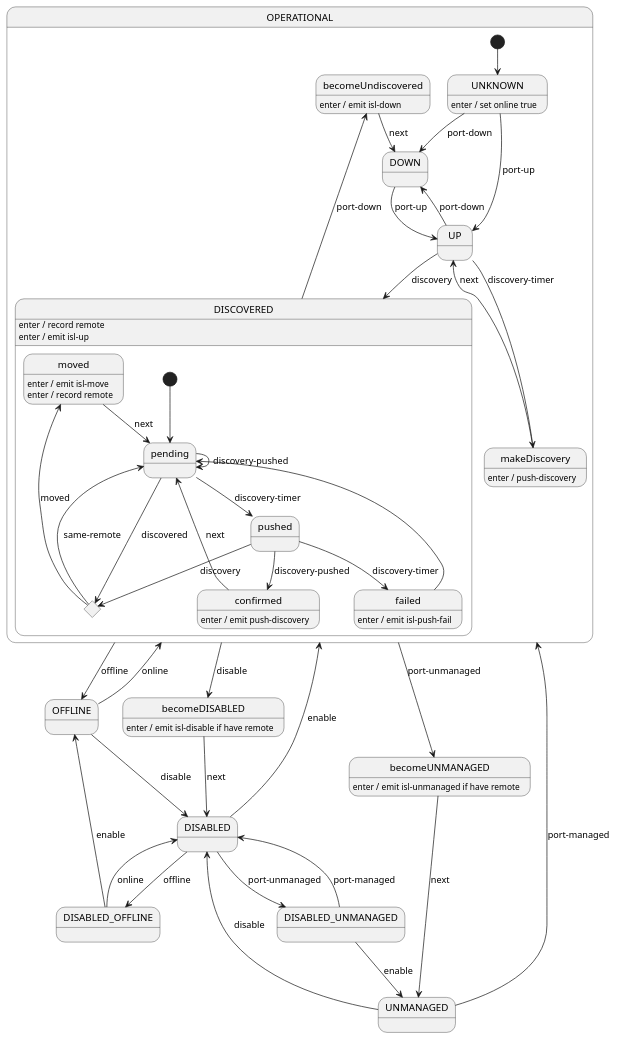
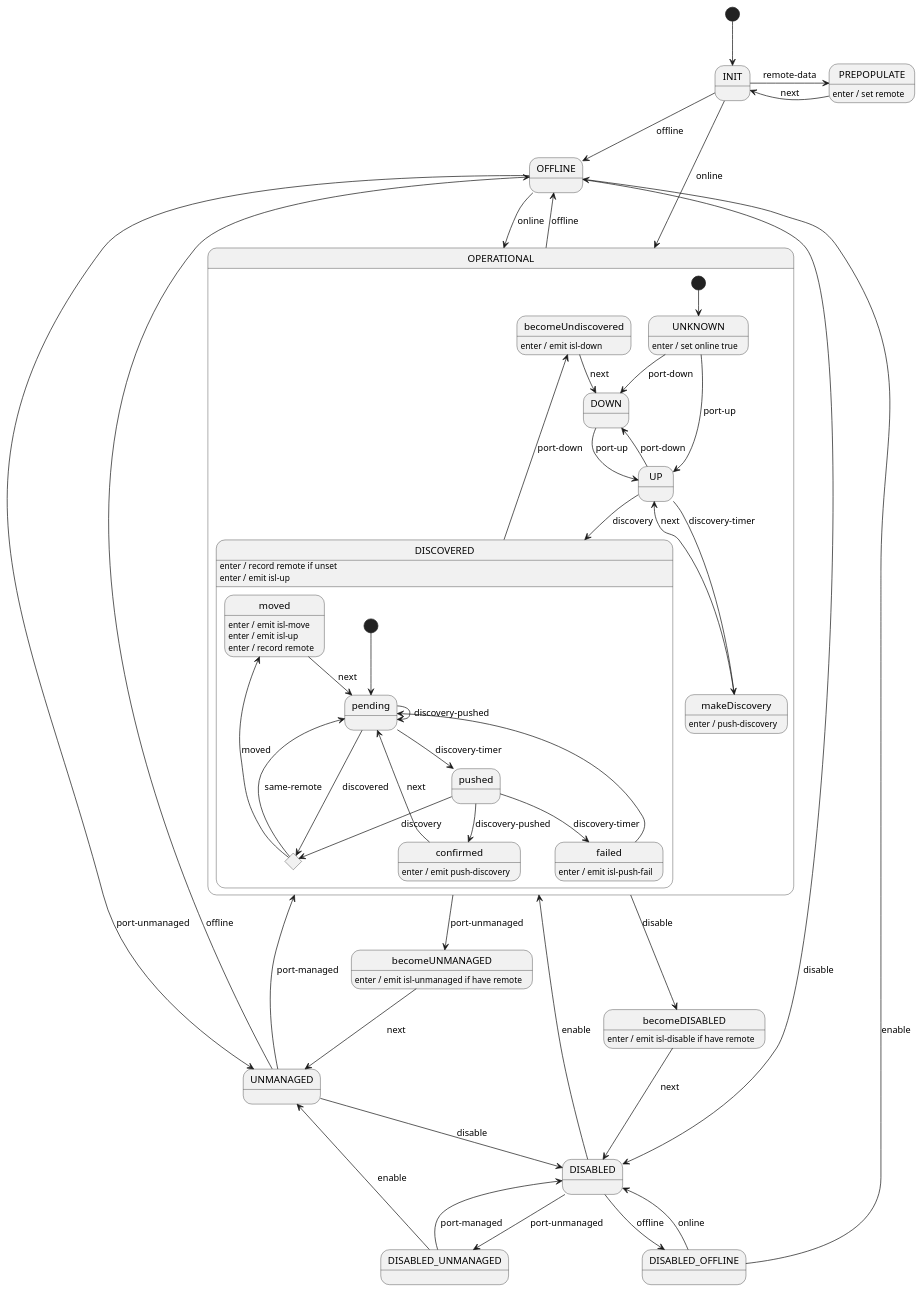
The diagram in docs/design/network-discovery/port-FSM.puml (telstra/open-kilda), drawn with PlantUML before and after one commit. The commit also changed 1 other file, not shown here.

```diff
--- a/docs/design/network-discovery/port-FSM.puml
+++ b/docs/design/network-discovery/port-FSM.puml
@@ -27,78 +27,90 @@
 @startuml
+[*] --> INIT
+
+INIT -r-> PREPOPULATE : remote-data
+INIT --> OFFLINE : offline
+INIT --> OPERATIONAL : online
+
+PREPOPULATE : enter / set remote
+PREPOPULATE -l-> INIT : next
+
 state OPERATIONAL {
     [*] --> UNKNOWN
 
     UNKNOWN : enter / set online true
     UNKNOWN --> DOWN : port-down
     UNKNOWN --> UP : port-up
 
     UP --> DOWN : port-down
     UP --> makeDiscovery : discovery-timer
     UP --> DISCOVERED : discovery
 
     makeDiscovery : enter / push-discovery
     makeDiscovery --> UP : next
 
     DOWN --> UP : port-up
 
     state DISCOVERED {
-        DISCOVERED : enter / record remote
+        DISCOVERED : enter / record remote if unset
         DISCOVERED : enter / emit isl-up
 
         state checkMoved <<choice>>
 
         [*] --> pending
         pending --> pushed : discovery-timer
         pending -d-> checkMoved : discovered
         pending --> pending : discovery-pushed
 
         pushed --> confirmed : discovery-pushed
         pushed --> failed : discovery-timer
         pushed -d-> checkMoved : discovery
 
         confirmed : enter / emit push-discovery
         confirmed --> pending : next
 
         failed : enter / emit isl-push-fail
         failed --> pending
 
         checkMoved -u-> pending : same-remote
         checkMoved -u-> moved : moved
 
         moved : enter / emit isl-move
+        moved : enter / emit isl-up
         moved : enter / record remote
         moved --> pending : next
     }
     DISCOVERED -u-> becomeUndiscovered : port-down
 
     becomeUndiscovered : enter / emit isl-down
     becomeUndiscovered --> DOWN : next
 }
 
 OPERATIONAL --> OFFLINE : offline
 OPERATIONAL --> becomeDISABLED : disable
 OPERATIONAL --> becomeUNMANAGED : port-unmanaged
 
 becomeDISABLED : enter / emit isl-disable if have remote
 becomeDISABLED --> DISABLED : next
 
 becomeUNMANAGED : enter / emit isl-unmanaged if have remote
 becomeUNMANAGED --> UNMANAGED : next
 
 DISABLED --> OPERATIONAL : enable
 DISABLED --> DISABLED_OFFLINE : offline
 DISABLED --> DISABLED_UNMANAGED : port-unmanaged
 
 UNMANAGED --> OPERATIONAL : port-managed
 UNMANAGED --> DISABLED : disable
+UNMANAGED --> OFFLINE : offline
 
-OFFLINE -u-> OPERATIONAL : online
+OFFLINE --> OPERATIONAL : online
 OFFLINE --> DISABLED : disable
+OFFLINE --> UNMANAGED : port-unmanaged
 
 DISABLED_OFFLINE --> DISABLED : online
 DISABLED_OFFLINE --> OFFLINE : enable
 
 DISABLED_UNMANAGED --> DISABLED : port-managed
 DISABLED_UNMANAGED --> UNMANAGED : enable
 
 @enduml
```
